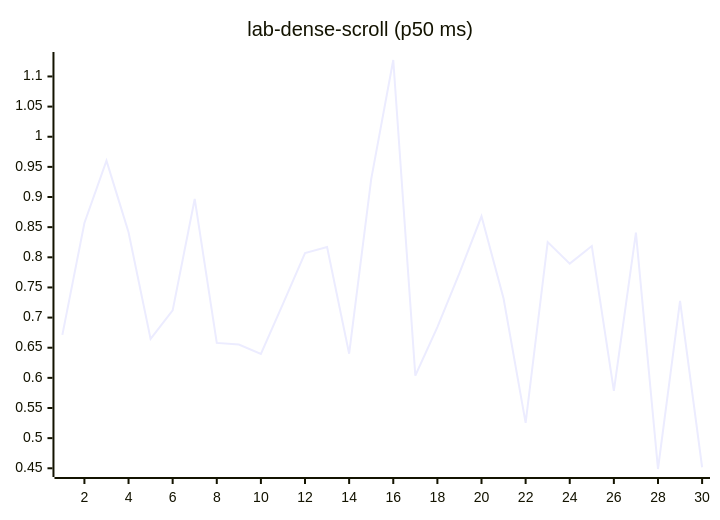
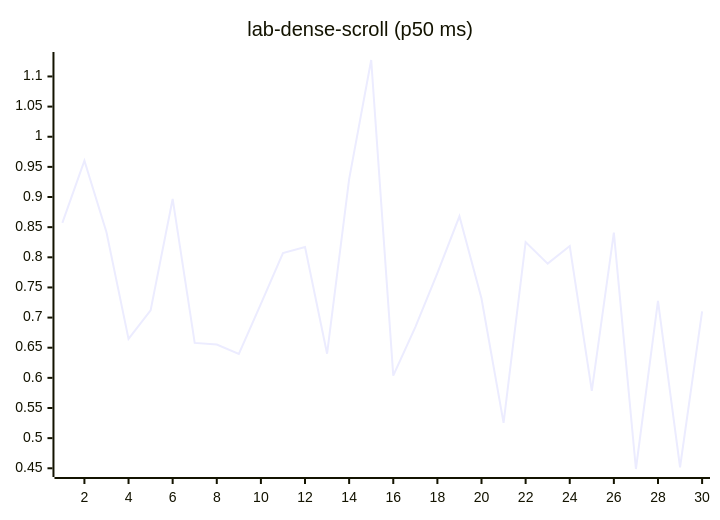
Diagram 12 of 27 in README.md (josha/Facet), drawn with Mermaid before and after one commit. The commit also changed other lines of this file and 2 other files, not shown here.

````diff
--- a/README.md
+++ b/README.md
@@ -140,6 +140,6 @@
 ```mermaid
 xychart-beta
     title "lab-dense-scroll (p50 ms)"
     x-axis 1 --> 30
-    line [0.6713, 0.8570, 0.9604, 0.8416, 0.6647, 0.7120, 0.8968, 0.6580, 0.6552, 0.6397, 0.7226, 0.8071, 0.8171, 0.6401, 0.9297, 1.1273, 0.6038, 0.6843, 0.7739, 0.8680, 0.7317, 0.5254, 0.8252, 0.7895, 0.8186, 0.5785, 0.8409, 0.4488, 0.7278, 0.4517]
+    line [0.8570, 0.9604, 0.8416, 0.6647, 0.7120, 0.8968, 0.6580, 0.6552, 0.6397, 0.7226, 0.8071, 0.8171, 0.6401, 0.9297, 1.1273, 0.6038, 0.6843, 0.7739, 0.8680, 0.7317, 0.5254, 0.8252, 0.7895, 0.8186, 0.5785, 0.8409, 0.4488, 0.7278, 0.4517, 0.7102]
 ```
````
